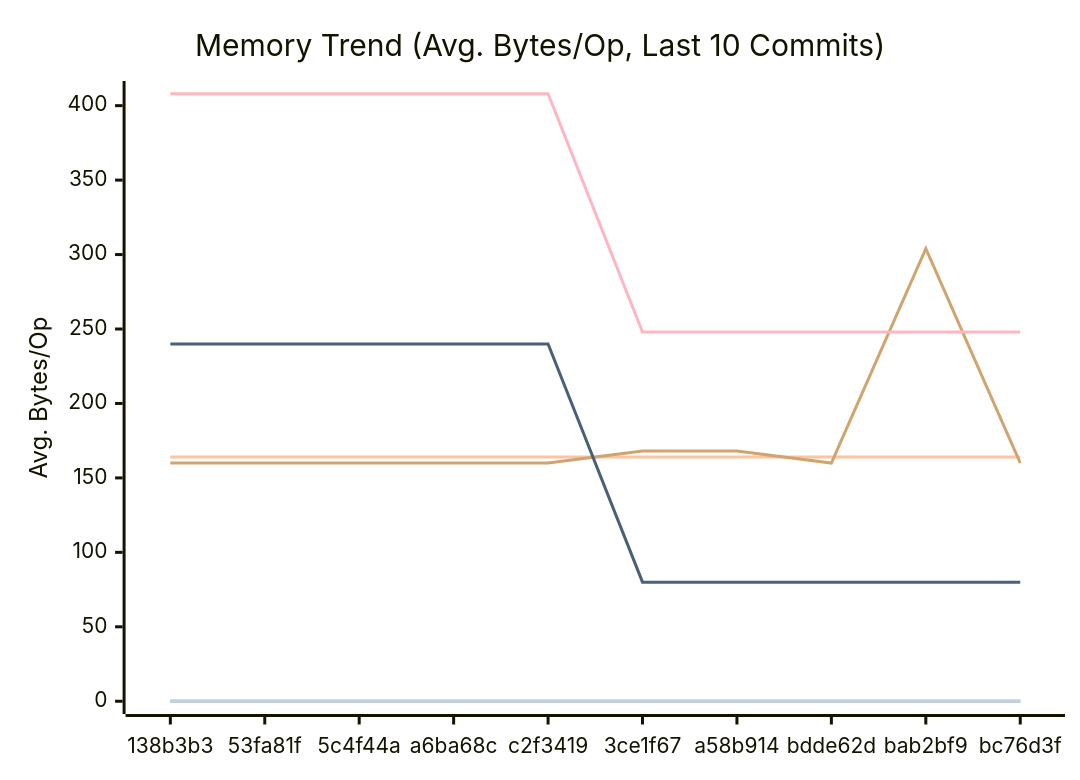
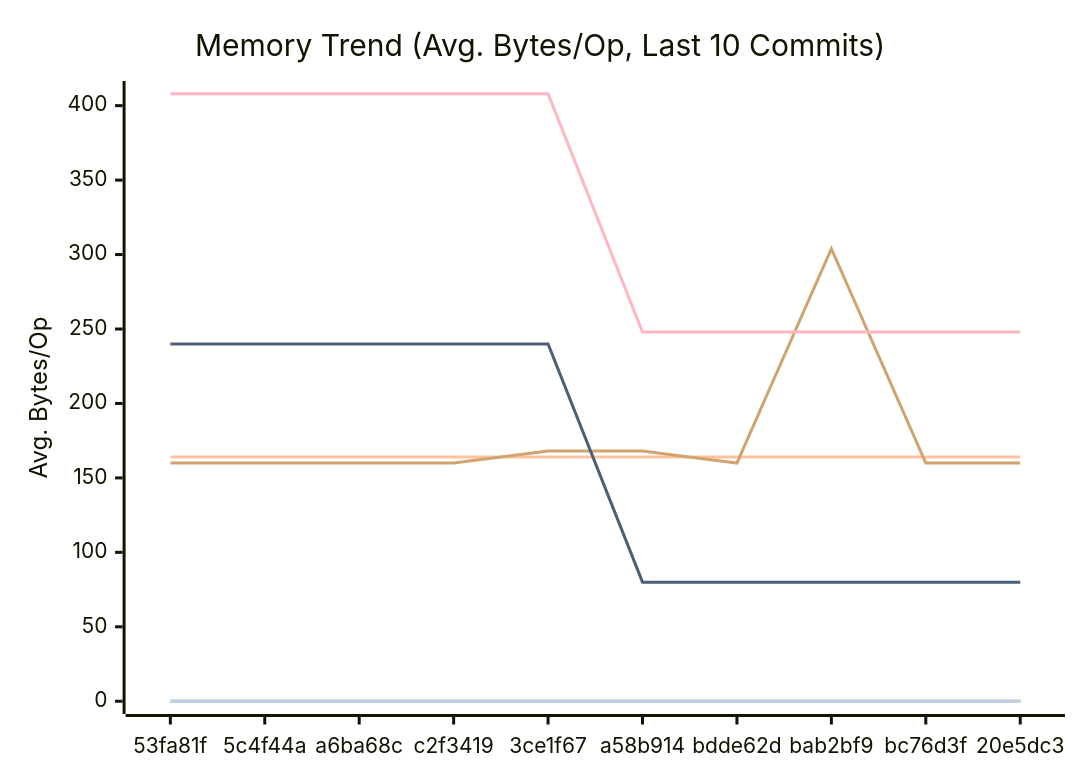
Before and after one commit to alsotoes/momo: the second of 3 diagrams in docs/PERFORMANCE.md, drawn with Mermaid. The commit also changed other lines of this file and 2 other files, not shown here.

````diff
--- a/docs/PERFORMANCE.md
+++ b/docs/PERFORMANCE.md
@@ -99,16 +97,16 @@
 ```mermaid
 xychart-beta
     title "Memory Trend (Avg. Bytes/Op, Last 10 Commits)"
     x-axis "Commit"
     y-axis "Avg. Bytes/Op"
-    x-axis [138b3b3,53fa81f,5c4f44a,a6ba68c,c2f3419,3ce1f67,a58b914,bdde62d,bab2bf9,bc76d3f]
+    x-axis [53fa81f,5c4f44a,a6ba68c,c2f3419,3ce1f67,a58b914,bdde62d,bab2bf9,bc76d3f,20e5dc3]
     line "CheckMetricsAndSwap" [0,0,0,0,0,0,0,0,0,0]
     line "CrushOptimized" [0,0,0,0,0,0,0,0,0,0]
     line "CrushOriginal" [164,164,164,164,164,164,164,164,164,164]
     line "IndexDirectTracking" [0,0,0,0,0,0,0,0,0,0]
     line "IndexSearch" [0,0,0,0,0,0,0,0,0,0]
-    line "LoadGlobalConfig" [160,160,160,160,160,168,168,160,304,160]
+    line "LoadGlobalConfig" [160,160,160,160,168,168,160,304,160,160]
     line "PadString" [0,0,0,0,0,0,0,0,0,0]
     line "ParseReplicationOrder_NoPrealloc" [408,408,408,408,408,248,248,248,248,248]
     line "ParseReplicationOrder_Prealloc" [240,240,240,240,240,80,80,80,80,80]
 ```
````
